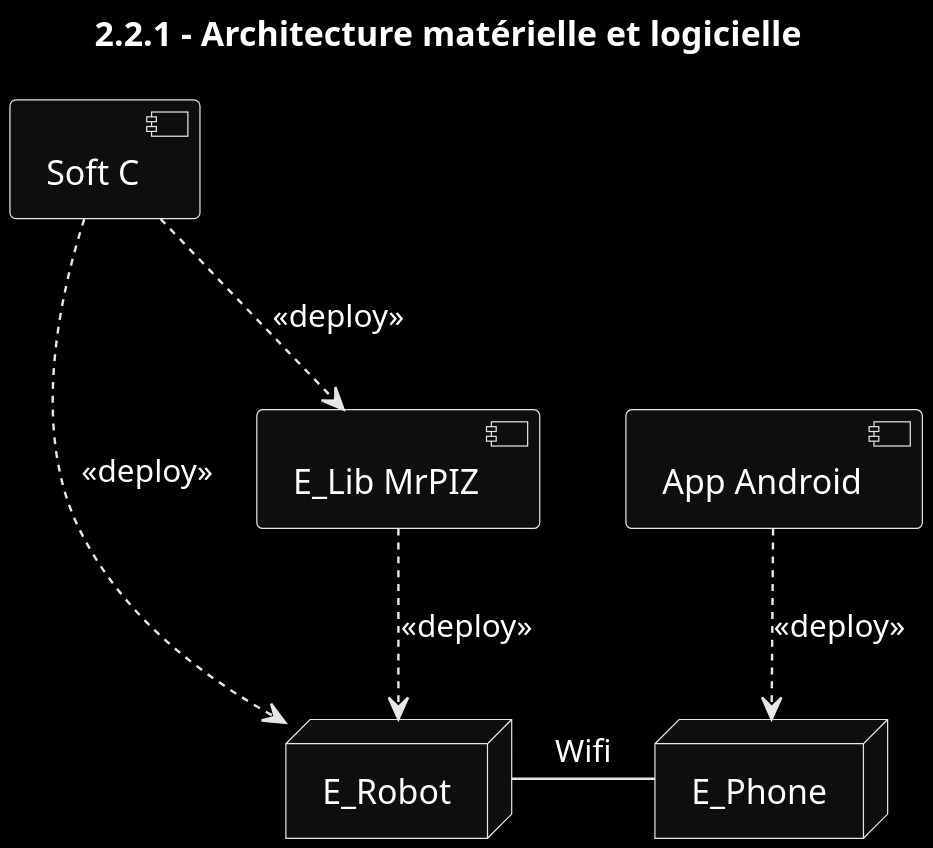
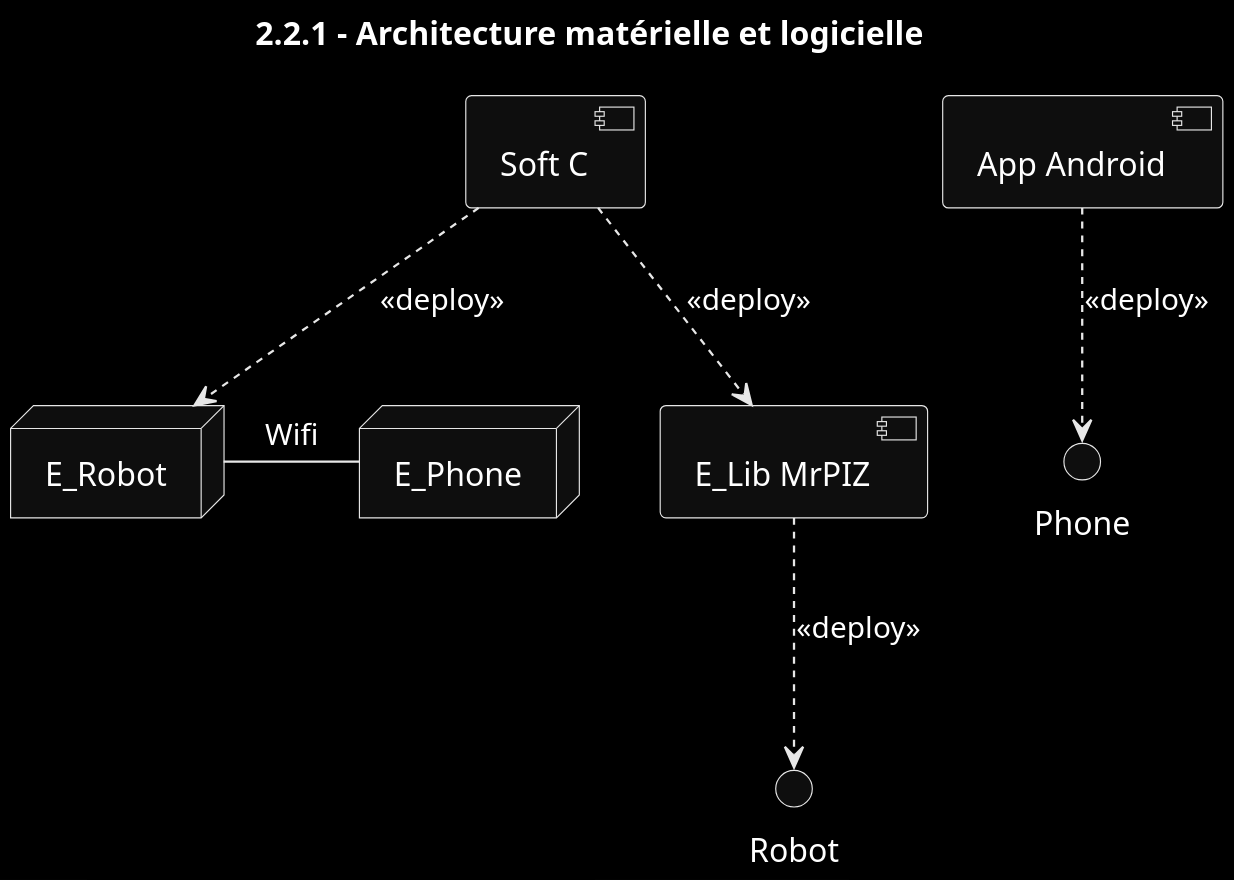
One commit to Larson-09/PATO_Project changed the diagram in Diagrammes UML/2.2.1 - Architecture matérielle et logicielle/2.2.1 - Architecture matérielle et logicielle.puml. Above: the diagram before and after it, drawn with PlantUML.

Commit message:
correction du diagrame d'architecture matériel

```diff
--- a/Diagrammes UML/2.2.1 - Architecture matérielle et logicielle/2.2.1 - Architecture matérielle et logicielle.puml
+++ b/Diagrammes UML/2.2.1 - Architecture matérielle et logicielle/2.2.1 - Architecture matérielle et logicielle.puml
@@ -1,13 +1,13 @@
 @startuml
 title 2.2.1 - Architecture matérielle et logicielle
 skinparam shadowing false
 skinparam monochrome reverse
 scale 1280*900
 node E_Robot
 node E_Phone
 E_Robot -r- E_Phone : Wifi
 [Soft C] ..> [E_Lib MrPIZ] : <<deploy>>
 [Soft C] ..> E_Robot : <<deploy>>
-[E_Lib MrPIZ] ..> E_Robot : <<deploy>>
-[App Android] ..> E_Phone : <<deploy>>
+[E_Lib MrPIZ] ..> Robot : <<deploy>>
+[App Android] ..> Phone : <<deploy>>
 @enduml
```
